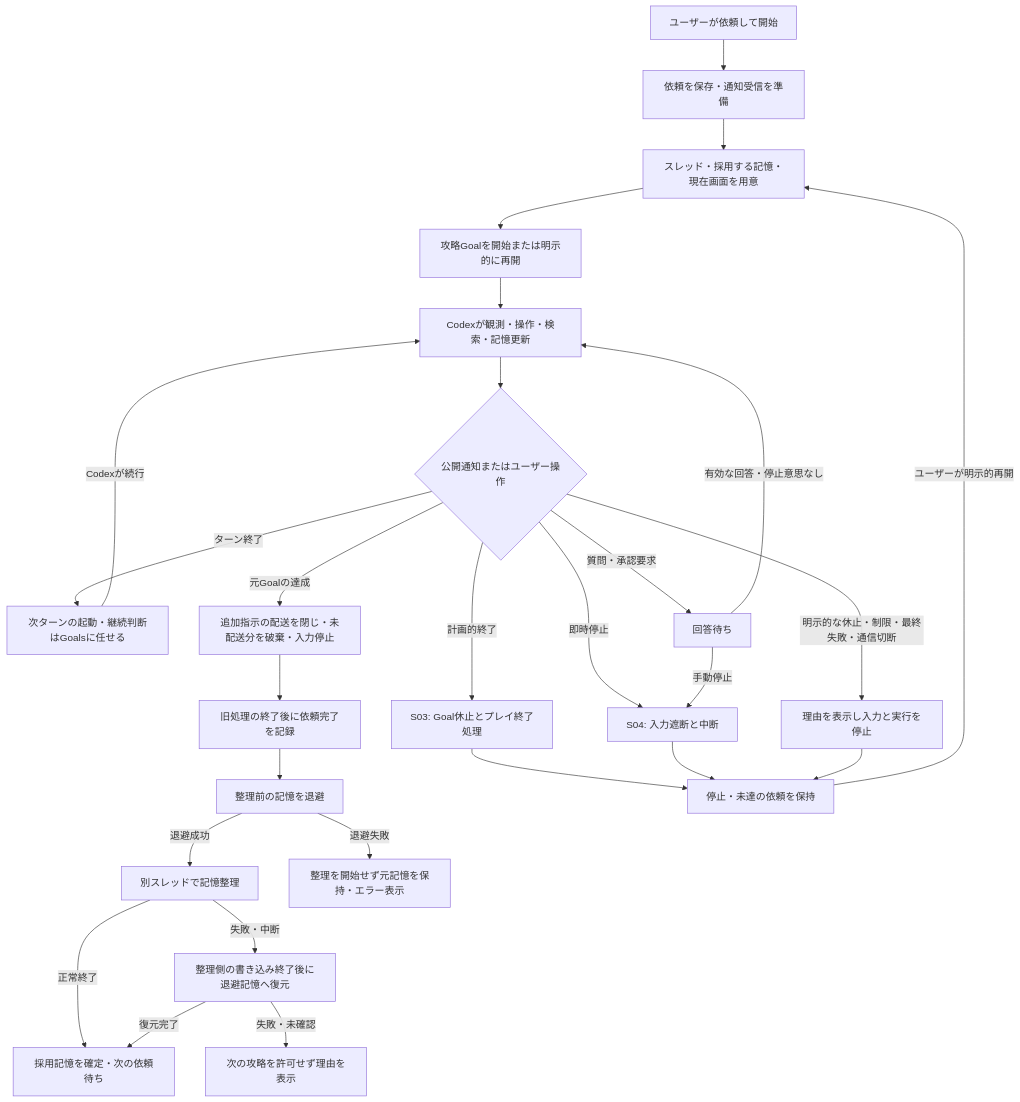
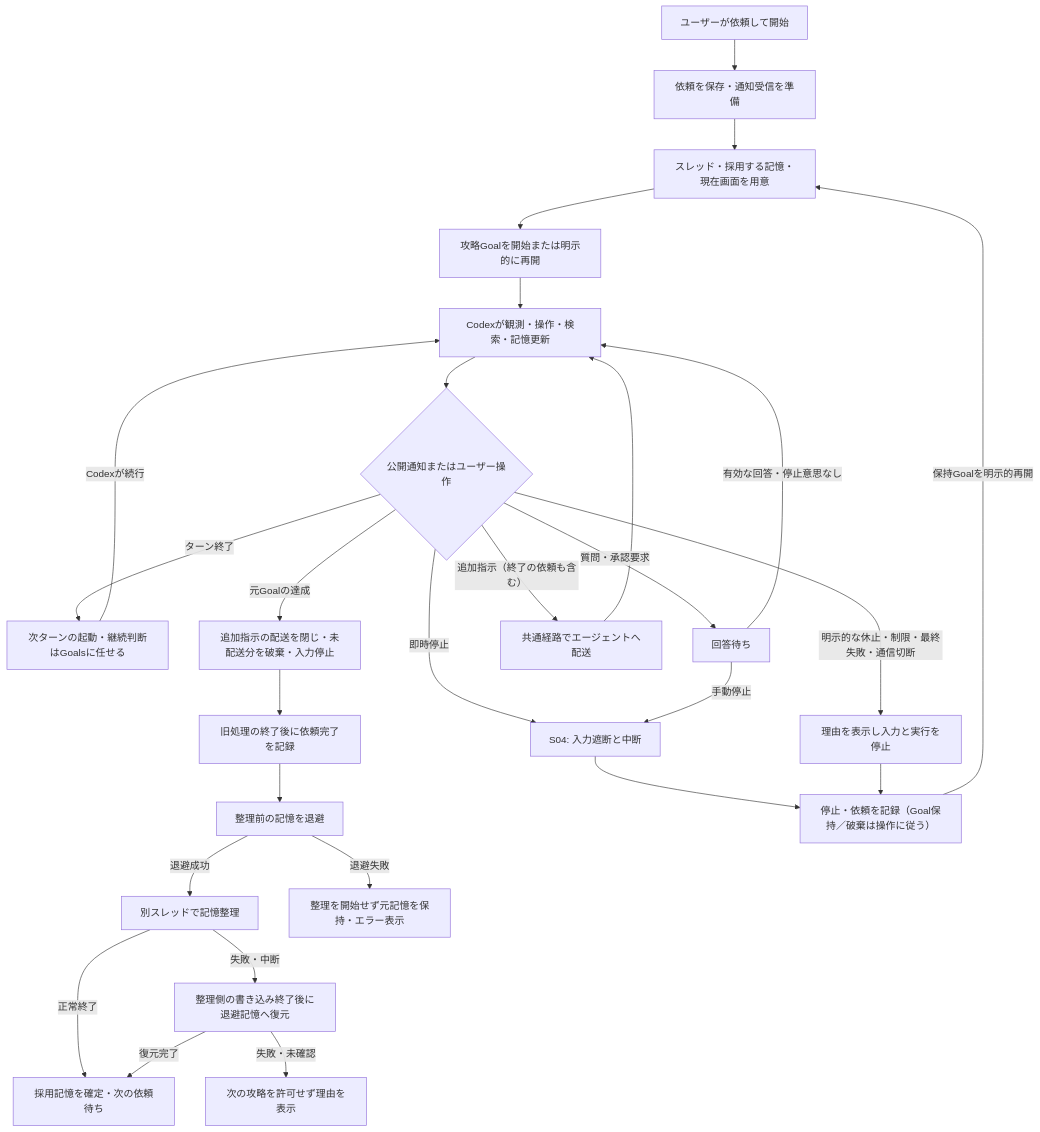
Before and after one commit to niart120/Project_Gigas: the first of 8 diagrams in spec/initial/09-control-flows.md, drawn with Mermaid. The commit also changed other lines of this file and 14 other files, not shown here.

````diff
--- a/spec/initial/09-control-flows.md
+++ b/spec/initial/09-control-flows.md
@@ -34,29 +34,29 @@
 ```mermaid
 flowchart TD
     Start["ユーザーが依頼して開始"] --> Setup["依頼を保存・通知受信を準備"]
     Setup --> Context["スレッド・採用する記憶・現在画面を用意"]
     Context --> Goal["攻略Goalを開始または明示的に再開"]
     Goal --> Play["Codexが観測・操作・検索・記憶更新"]
     Play --> Event{"公開通知またはユーザー操作"}
     Event -->|"ターン終了"| Next["次ターンの起動・継続判断はGoalsに任せる"]
     Next -->|"Codexが続行"| Play
     Event -->|"質問・承認要求"| Ask["回答待ち"]
     Ask -->|"有効な回答・停止意思なし"| Play
     Event -->|"元Goalの達成"| Finish["追加指示の配送を閉じ・未配送分を破棄・入力停止"]
     Finish --> Complete["旧処理の終了後に依頼完了を記録"]
     Complete --> Backup["整理前の記憶を退避"]
     Backup -->|"退避成功"| Memory["別スレッドで記憶整理"]
     Backup -->|"退避失敗"| Unchanged["整理を開始せず元記憶を保持・エラー表示"]
     Memory -->|"正常終了"| Ready["採用記憶を確定・次の依頼待ち"]
     Memory -->|"失敗・中断"| Restore["整理側の書き込み終了後に退避記憶へ復元"]
     Restore -->|"復元完了"| Ready
     Restore -->|"失敗・未確認"| Hold["次の攻略を許可せず理由を表示"]
-    Event -->|"計画的終了"| Closing["S03: Goal休止とプレイ終了処理"]
+    Event -->|"追加指示（終了の依頼も含む）"| Message["共通経路でエージェントへ配送"]
+    Message --> Play
     Event -->|"即時停止"| Abort["S04: 入力遮断と中断"]
     Ask -->|"手動停止"| Abort
     Event -->|"明示的な休止・制限・最終失敗・通信切断"| Failure["理由を表示し入力と実行を停止"]
-    Closing --> Stop["停止・未達の依頼を保持"]
-    Abort --> Stop
+    Abort --> Stop["停止・依頼を記録（Goal保持／破棄は操作に従う）"]
     Failure --> Stop
-    Stop -->|"ユーザーが明示的再開"| Context
+    Stop -->|"保持Goalを明示的再開"| Context
 ```
````
